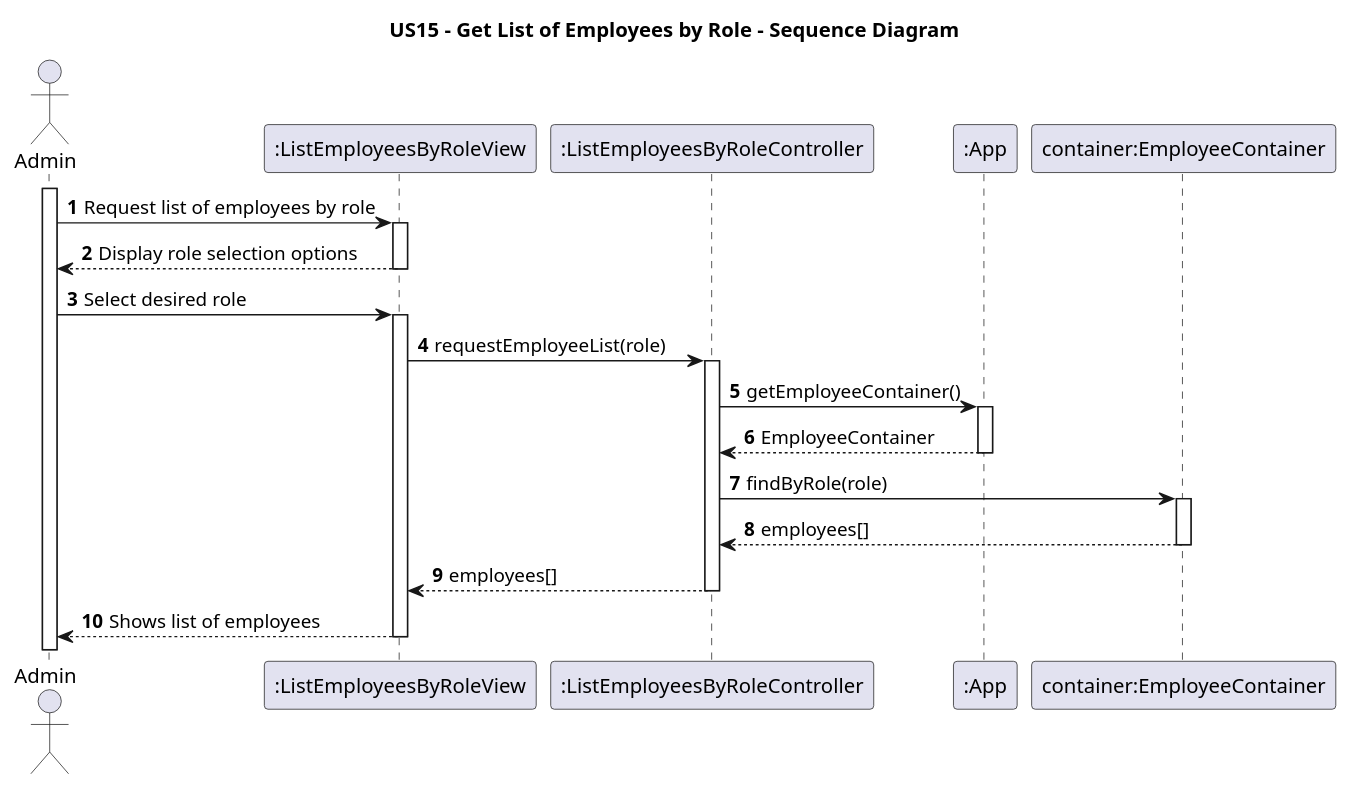
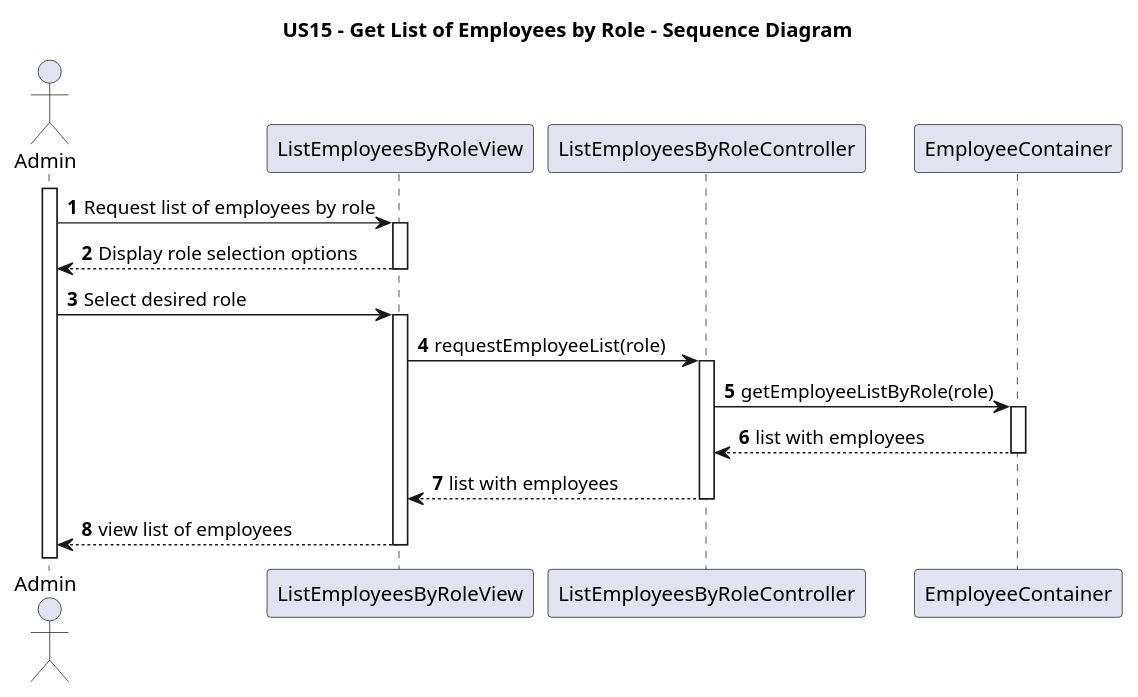
Before and after one commit to Parafita123/leti-esoft-25-26-B1: the diagram in docs/Sprint2/US15/puml/US15-SD.puml, drawn with PlantUML. The commit also changed 8 other files, not shown here.

```diff
--- a/docs/Sprint2/US15/puml/US15-SD.puml
+++ b/docs/Sprint2/US15/puml/US15-SD.puml
@@ -1,28 +1,26 @@
 @startuml
 
 title US15 - Get List of Employees by Role - Sequence Diagram
 
 autoactivate on
 autonumber
 
 actor "Admin" as admin
-participant ":ListEmployeesByRoleView" as view
-participant ":ListEmployeesByRoleController" as ctrl
-participant ":App" as app
-participant "container:EmployeeContainer" as container
+participant "ListEmployeesByRoleView" as view
+participant "ListEmployeesByRoleController" as ctrl
+participant "EmployeeContainer" as container
 
 activate admin
 
 
 admin -> view: Request list of employees by role
 view --> admin: Display role selection options
 admin -> view: Select desired role
 view -> ctrl: requestEmployeeList(role)
-ctrl -> app: getEmployeeContainer()
-app --> ctrl: EmployeeContainer
-ctrl -> container: findByRole(role)
-container --> ctrl: employees[]
-ctrl --> view: employees[]
-view --> admin: Shows list of employees
+ctrl -> container: getEmployeeListByRole(role)
+container --> ctrl: list with employees
+ctrl --> view: list with employees
+view --> admin: view list of employees
+
 
 @enduml
```
